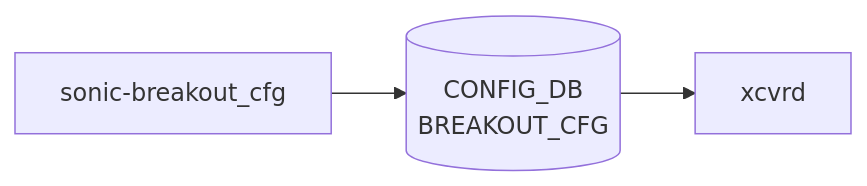
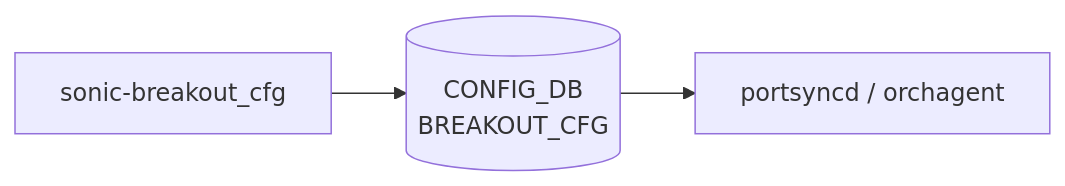
One commit to aoki-taquan/sonic-unofficial-docs changed the diagram in docs/reference/yang/sonic-breakout_cfg.md. Above: the diagram before and after it, drawn with Mermaid. The commit also changed other lines of this file and 2 other files, not shown here.

Commit message:
review(yang): batch 139 — fix breakout_cfg daemon/section labels, unify buffer descriptions
- sonic-breakout_cfg: データフロー図の daemon を xcvrd → portsyncd/orchagent に修正（本文記述との矛盾解消）
- sonic-breakout_cfg, sonic-buffer-pg: yang-xref 内「関連 HLD」見出しを「関連 YANG モジュール」に修正
- sonic-buffer-pg, sonic-buffer-pool: 概要説明を英語から日本語に統一

````diff
--- a/docs/reference/yang/sonic-breakout_cfg.md
+++ b/docs/reference/yang/sonic-breakout_cfg.md
@@ -33,8 +33,8 @@
 ```mermaid
 flowchart LR
   Y["sonic-breakout_cfg"]
   C1[("CONFIG_DB<br/>BREAKOUT_CFG")]
   Y --> C1
-  D1["xcvrd"]
+  D1["portsyncd / orchagent"]
   C1 --> D1
 ```
````
